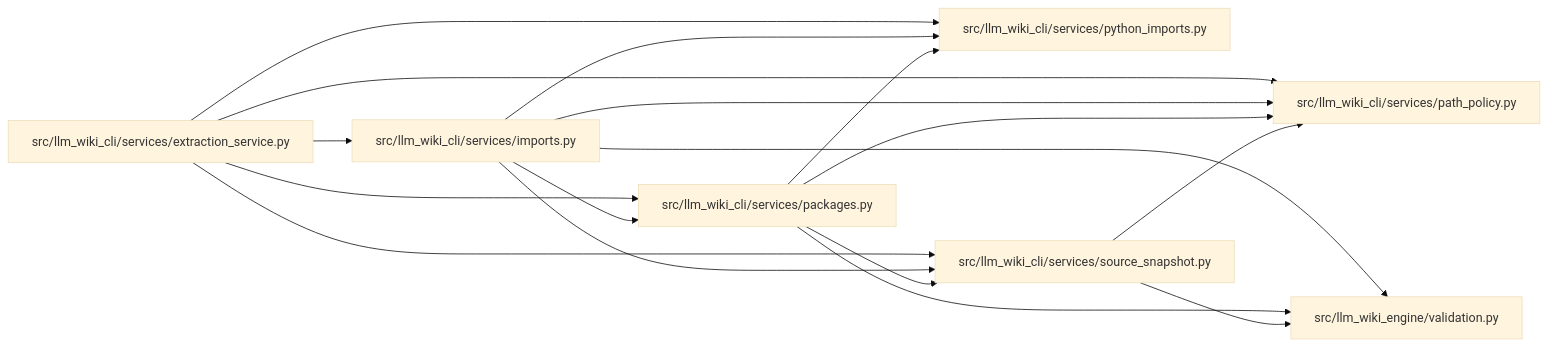
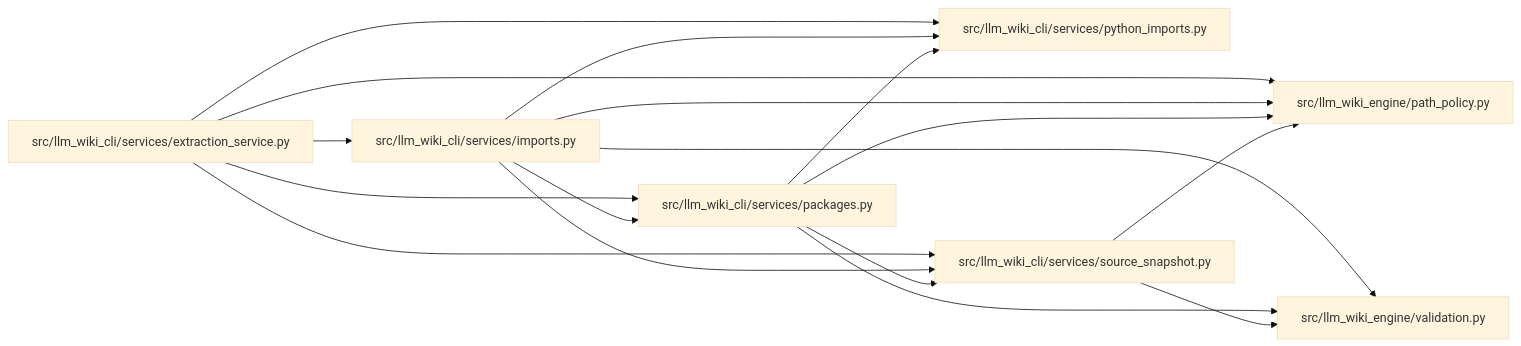
The diagram in docs/llm_wiki/modules/packages.md (Denissvgn/python-wiki-llm), drawn with Mermaid (base theme) before and after one commit. The commit also changed other lines of this file and 739 other files, not shown here.

First line of the commit message:
docs: refresh the wiki for the second engine batch

````diff
--- a/docs/llm_wiki/modules/packages.md
+++ b/docs/llm_wiki/modules/packages.md
@@ -34,33 +34,33 @@
 ```mermaid
 flowchart LR
     n0["src/llm_wiki_cli/services/extraction_service.py"]
     n1["src/llm_wiki_cli/services/imports.py"]
     n2["src/llm_wiki_cli/services/packages.py"]
-    n3["src/llm_wiki_cli/services/path_policy.py"]
-    n4["src/llm_wiki_cli/services/python_imports.py"]
-    n5["src/llm_wiki_cli/services/source_snapshot.py"]
+    n3["src/llm_wiki_cli/services/python_imports.py"]
+    n4["src/llm_wiki_cli/services/source_snapshot.py"]
+    n5["src/llm_wiki_engine/path_policy.py"]
     n6["src/llm_wiki_engine/validation.py"]
     n0 --> n1
     n0 --> n2
     n0 --> n3
     n0 --> n4
     n0 --> n5
     n1 --> n2
     n1 --> n3
     n1 --> n4
     n1 --> n5
     n1 --> n6
     n2 --> n3
     n2 --> n4
     n2 --> n5
     n2 --> n6
-    n5 --> n3
-    n5 --> n6
+    n4 --> n5
+    n4 --> n6
     click n0 "../modules/extraction_service.md"
     click n1 "../modules/imports.md"
     click n2 "../modules/packages.md"
-    click n3 "../modules/path_policy.md"
-    click n4 "../modules/python_imports.md"
-    click n5 "../modules/source_snapshot.md"
+    click n3 "../modules/python_imports.md"
+    click n4 "../modules/source_snapshot.md"
+    click n5 "../modules/path_policy.md"
     click n6 "../modules/validation.md"
 ```
````
